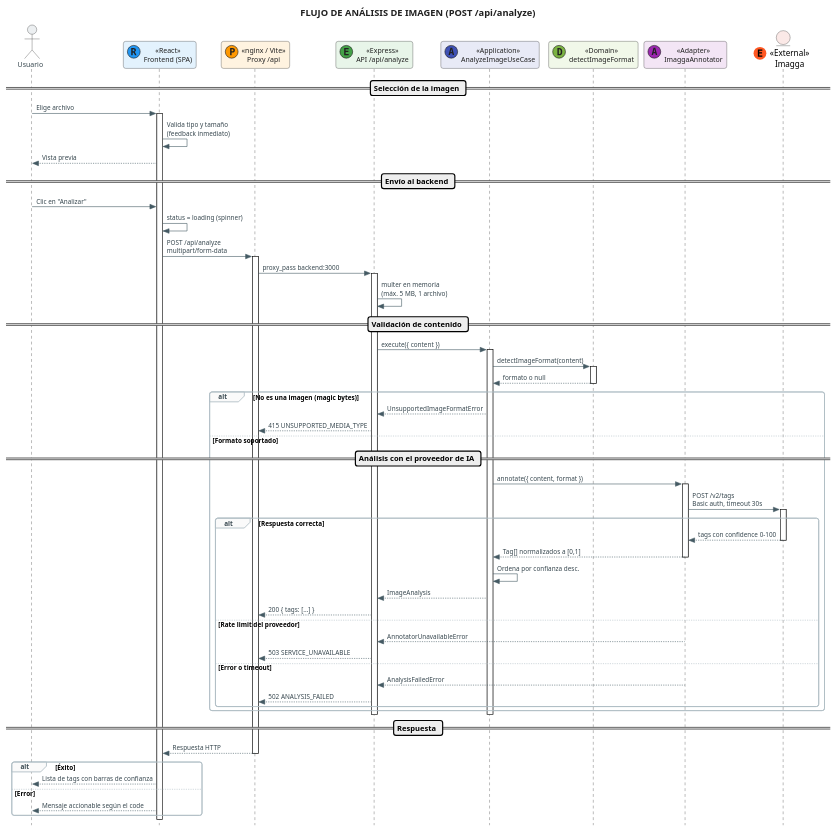
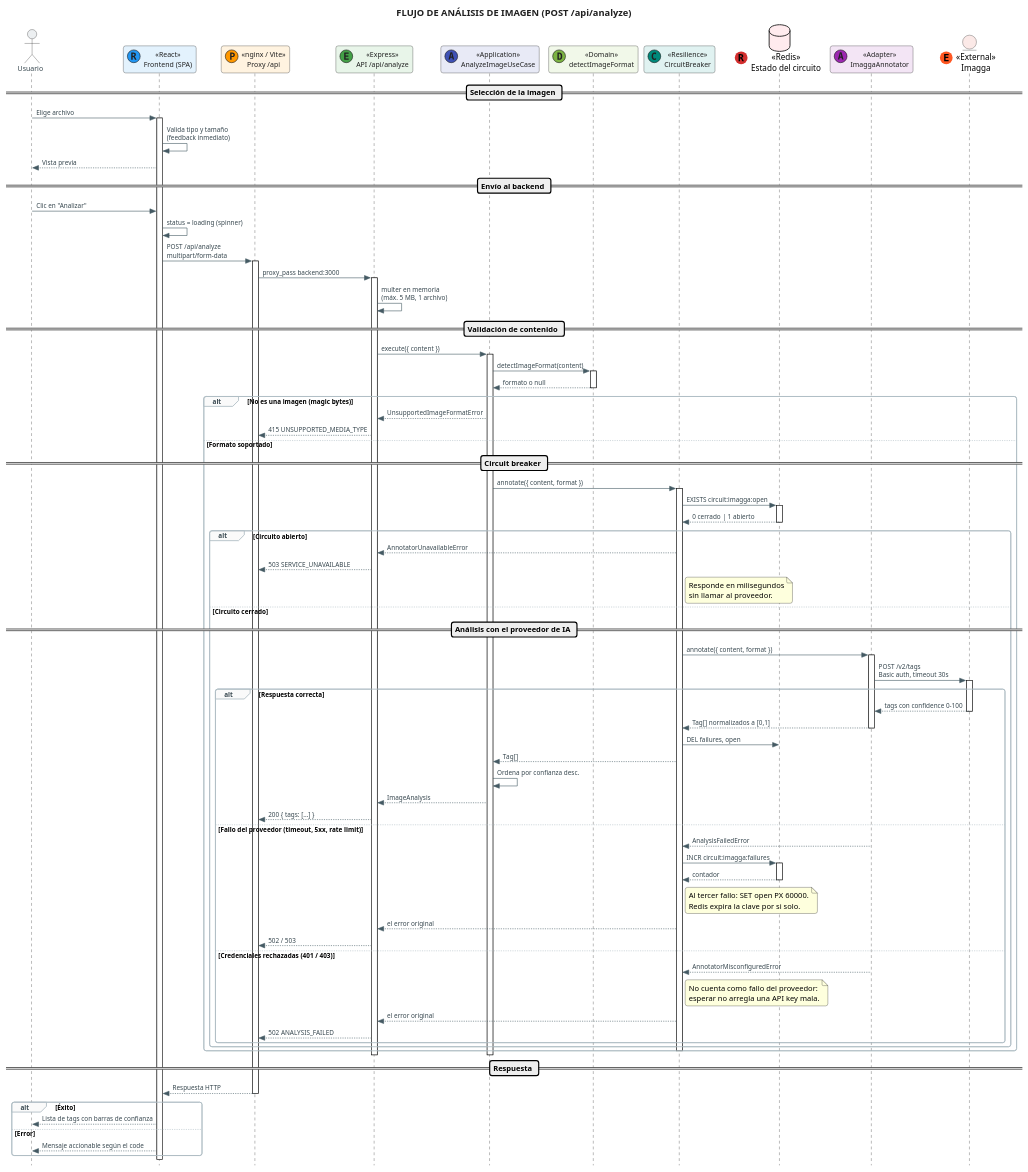
Before and after one commit to victorBravo123/service-image-analyzer: the diagram in docs/flujo-analisis.puml, drawn with PlantUML. The commit also changed 37 other files, not shown here.

```diff
--- a/docs/flujo-analisis.puml
+++ b/docs/flujo-analisis.puml
@@ -1,108 +1,150 @@
 @startuml flujo-analisis-imagen
 title FLUJO DE ANÁLISIS DE IMAGEN (POST /api/analyze)
 
 skinparam style strictuml
 skinparam BackgroundColor #FFFFFF
 skinparam BoxPadding 15
 skinparam RoundCorner 8
 
 skinparam TitleFontName "Segoe UI"
 skinparam TitleFontSize 16
 skinparam TitleFontColor #212121
 skinparam TitleFontWeight bold
 
 skinparam ActorFontName "Segoe UI"
 skinparam ActorFontSize 12
 skinparam ActorFontColor #37474F
 
 skinparam ParticipantFontName "Segoe UI"
 skinparam ParticipantFontSize 12
 skinparam ParticipantFontColor #212121
 
 skinparam ArrowFontName "Segoe UI"
 skinparam ArrowFontSize 11
 skinparam ArrowFontColor #37474F
 skinparam ArrowColor #455A64
 
 skinparam SequenceGroupBackgroundColor #FAFAFA
 skinparam SequenceGroupBorderColor #B0BEC5
 skinparam SequenceGroupHeaderFontColor #37474F
 skinparam SequenceGroupHeaderFontName "Segoe UI"
 skinparam SequenceGroupHeaderFontSize 11
 skinparam SequenceGroupHeaderFontWeight bold
 skinparam SequenceGroupHeaderBackgroundColor #ECEFF1
 
 actor "Usuario" as Usuario #ECEFF1
 
 participant "«React»\nFrontend (SPA)" as Frontend << (R,#2196F3) >> #E3F2FD
 participant "«nginx / Vite»\nProxy /api" as Proxy << (P,#FF9800) >> #FFF3E0
 participant "«Express»\nAPI /api/analyze" as API << (E,#43A047) >> #E8F5E9
 participant "«Application»\nAnalyzeImageUseCase" as UseCase << (A,#3F51B5) >> #E8EAF6
 participant "«Domain»\ndetectImageFormat" as Dominio << (D,#7CB342) >> #F1F8E9
+participant "«Resilience»\nCircuitBreaker" as Breaker << (C,#00897B) >> #E0F2F1
+database "«Redis»\nEstado del circuito" as Redis << (R,#D32F2F) >> #FFEBEE
 participant "«Adapter»\nImaggaAnnotator" as Annotator << (A,#9C27B0) >> #F3E5F5
 entity "«External»\nImagga" as Imagga << (E,#FF5722) >> #FBE9E7
 
 == Selección de la imagen ==
 Usuario -> Frontend : Elige archivo
 activate Frontend
 Frontend -> Frontend : Valida tipo y tamaño\n(feedback inmediato)
 Frontend --> Usuario : Vista previa
 
 == Envío al backend ==
 Usuario -> Frontend : Clic en "Analizar"
 Frontend -> Frontend : status = loading (spinner)
 Frontend -> Proxy : POST /api/analyze\nmultipart/form-data
 activate Proxy
 Proxy -> API : proxy_pass backend:3000
 activate API
 API -> API : multer en memoria\n(máx. 5 MB, 1 archivo)
 
 == Validación de contenido ==
 API -> UseCase : execute({ content })
 activate UseCase
 UseCase -> Dominio : detectImageFormat(content)
 activate Dominio
 Dominio --> UseCase : formato o null
 deactivate Dominio
 
 alt No es una imagen (magic bytes)
     UseCase --> API : UnsupportedImageFormatError
     API --> Proxy : 415 UNSUPPORTED_MEDIA_TYPE
 else Formato soportado
-    == Análisis con el proveedor de IA ==
-    UseCase -> Annotator : annotate({ content, format })
-    activate Annotator
-    Annotator -> Imagga : POST /v2/tags\nBasic auth, timeout 30s
-    activate Imagga
+    == Circuit breaker ==
 
-    alt Respuesta correcta
-        Imagga --> Annotator : tags con confidence 0-100
-        deactivate Imagga
-        Annotator --> UseCase : Tag[] normalizados a [0,1]
+    UseCase -> Breaker : annotate({ content, format })
+    activate Breaker
+    Breaker -> Redis : EXISTS circuit:imagga:open
+    activate Redis
+    Redis --> Breaker : 0 cerrado | 1 abierto
+    deactivate Redis
+
+    alt Circuito abierto
+        Breaker --> API : AnnotatorUnavailableError
+        API --> Proxy : 503 SERVICE_UNAVAILABLE
+        note right of Breaker
+          Responde en milisegundos
+          sin llamar al proveedor.
+        end note
+
+    else Circuito cerrado
+        == Análisis con el proveedor de IA ==
+
+        Breaker -> Annotator : annotate({ content, format })
+        activate Annotator
+        Annotator -> Imagga : POST /v2/tags\nBasic auth, timeout 30s
+        activate Imagga
+
+        alt Respuesta correcta
+            Imagga --> Annotator : tags con confidence 0-100
+            deactivate Imagga
+            Annotator --> Breaker : Tag[] normalizados a [0,1]
+            deactivate Annotator
+            Breaker -> Redis : DEL failures, open
+            Breaker --> UseCase : Tag[]
+            UseCase -> UseCase : Ordena por confianza desc.
+            UseCase --> API : ImageAnalysis
+            API --> Proxy : 200 { tags: [...] }
+
+        else Fallo del proveedor (timeout, 5xx, rate limit)
+            Annotator --> Breaker : AnalysisFailedError
+            Breaker -> Redis : INCR circuit:imagga:failures
+            activate Redis
+            Redis --> Breaker : contador
+            deactivate Redis
+            note right of Breaker
+              Al tercer fallo: SET open PX 60000.
+              Redis expira la clave por si solo.
+            end note
+            Breaker --> API : el error original
+            API --> Proxy : 502 / 503
+
+        else Credenciales rechazadas (401 / 403)
+            Annotator --> Breaker : AnnotatorMisconfiguredError
+            note right of Breaker
+              No cuenta como fallo del proveedor:
+              esperar no arregla una API key mala.
+            end note
+            Breaker --> API : el error original
+            API --> Proxy : 502 ANALYSIS_FAILED
+        end
         deactivate Annotator
-        UseCase -> UseCase : Ordena por confianza desc.
-        UseCase --> API : ImageAnalysis
-        API --> Proxy : 200 { tags: [...] }
-    else Rate limit del proveedor
-        Annotator --> API : AnnotatorUnavailableError
-        API --> Proxy : 503 SERVICE_UNAVAILABLE
-    else Error o timeout
-        Annotator --> API : AnalysisFailedError
-        API --> Proxy : 502 ANALYSIS_FAILED
     end
+    deactivate Breaker
 end
 deactivate UseCase
 deactivate API
 
 == Respuesta ==
 Proxy --> Frontend : Respuesta HTTP
 deactivate Proxy
 
 alt Éxito
     Frontend --> Usuario : Lista de tags con barras de confianza
 else Error
     Frontend --> Usuario : Mensaje accionable según el code
 end
 deactivate Frontend
 
 @enduml
```
